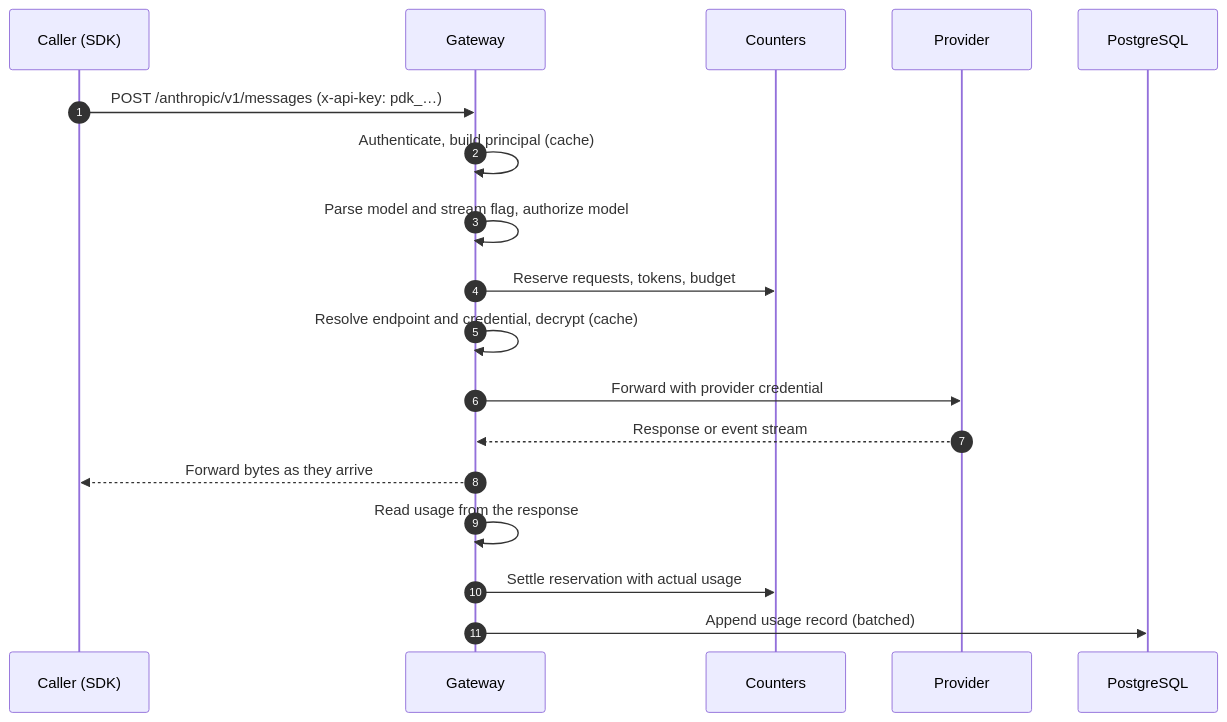
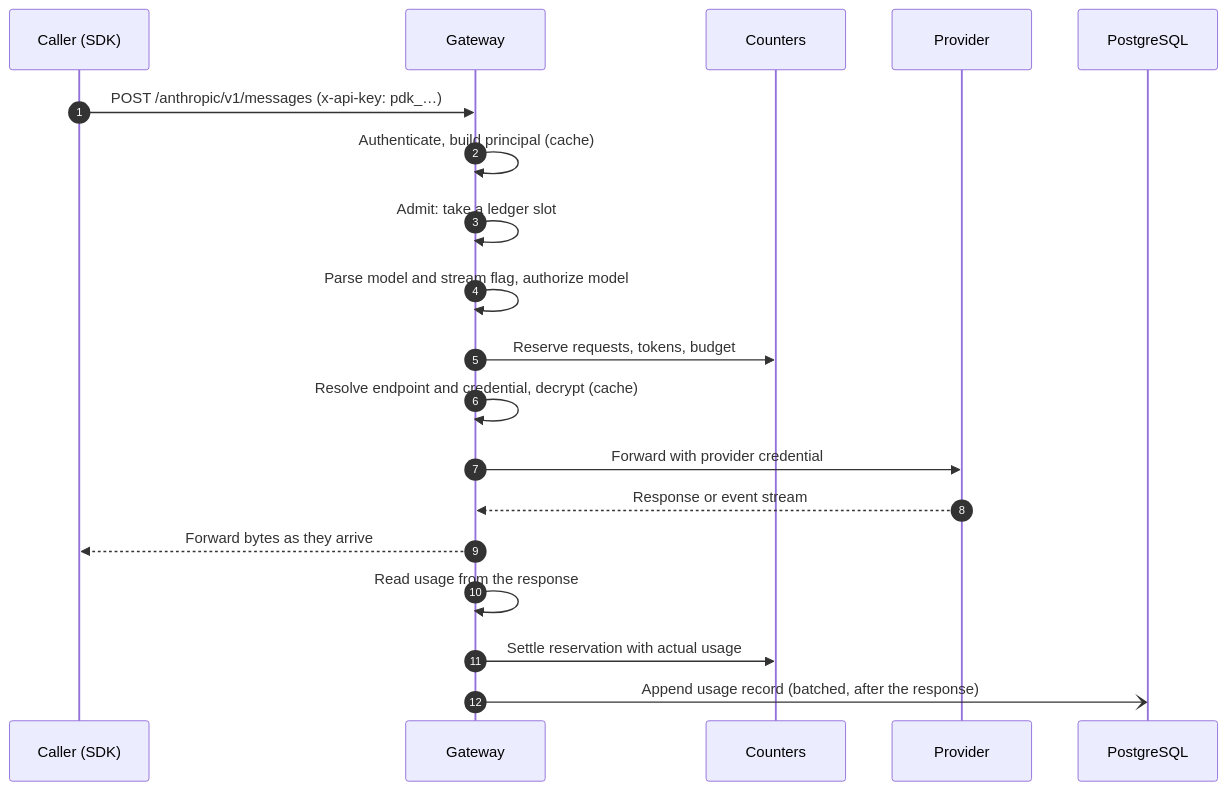
One commit to pandokos/pandokos changed the third of 5 diagrams in docs/architecture/overview.md. Above: the diagram before and after it, drawn with Mermaid. The commit also changed other lines of this file and 144 other files, not shown here.

First line of the commit message:
feat: sprint 3.2 — streaming, usage and ledger (#12)

````diff
--- a/docs/architecture/overview.md
+++ b/docs/architecture/overview.md
@@ -149,20 +157,21 @@
 ```mermaid
 sequenceDiagram
     autonumber
     participant C as Caller (SDK)
     participant G as Gateway
     participant K as Counters
     participant P as Provider
     participant D as PostgreSQL
     C->>G: POST /anthropic/v1/messages (x-api-key: pdk_…)
     G->>G: Authenticate, build principal (cache)
+    G->>G: Admit: take a ledger slot
     G->>G: Parse model and stream flag, authorize model
     G->>K: Reserve requests, tokens, budget
     G->>G: Resolve endpoint and credential, decrypt (cache)
     G->>P: Forward with provider credential
     P-->>G: Response or event stream
     G-->>C: Forward bytes as they arrive
     G->>G: Read usage from the response
     G->>K: Settle reservation with actual usage
-    G->>D: Append usage record (batched)
+    G-)D: Append usage record (batched, after the response)
 ```
````
